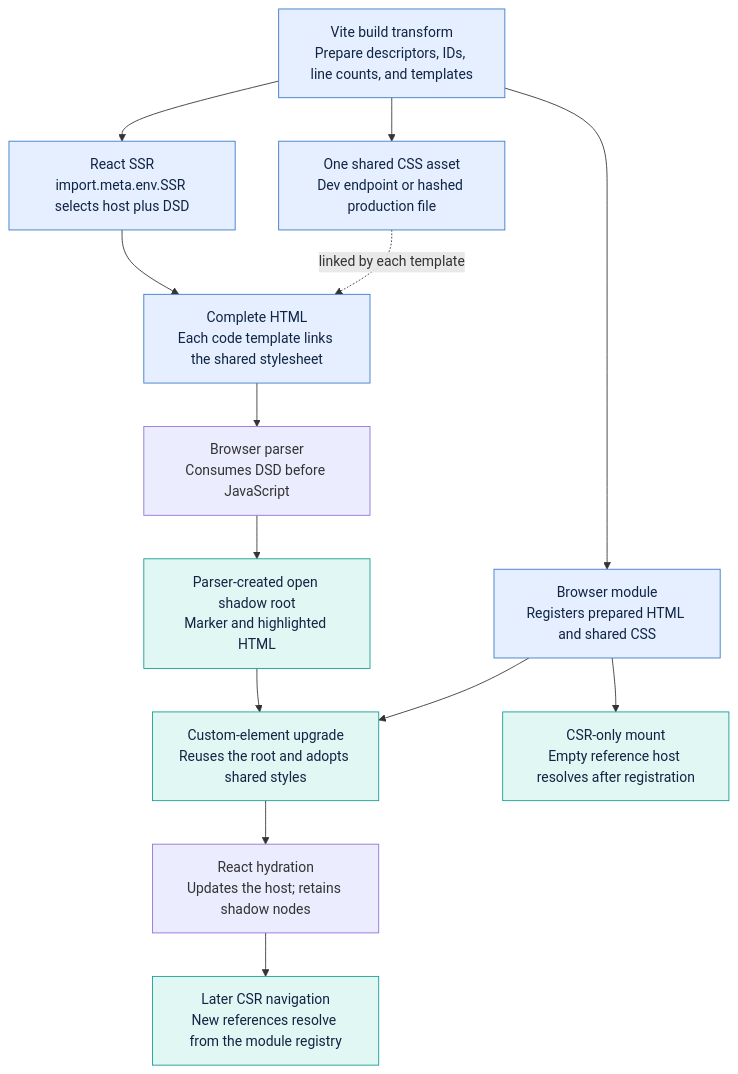
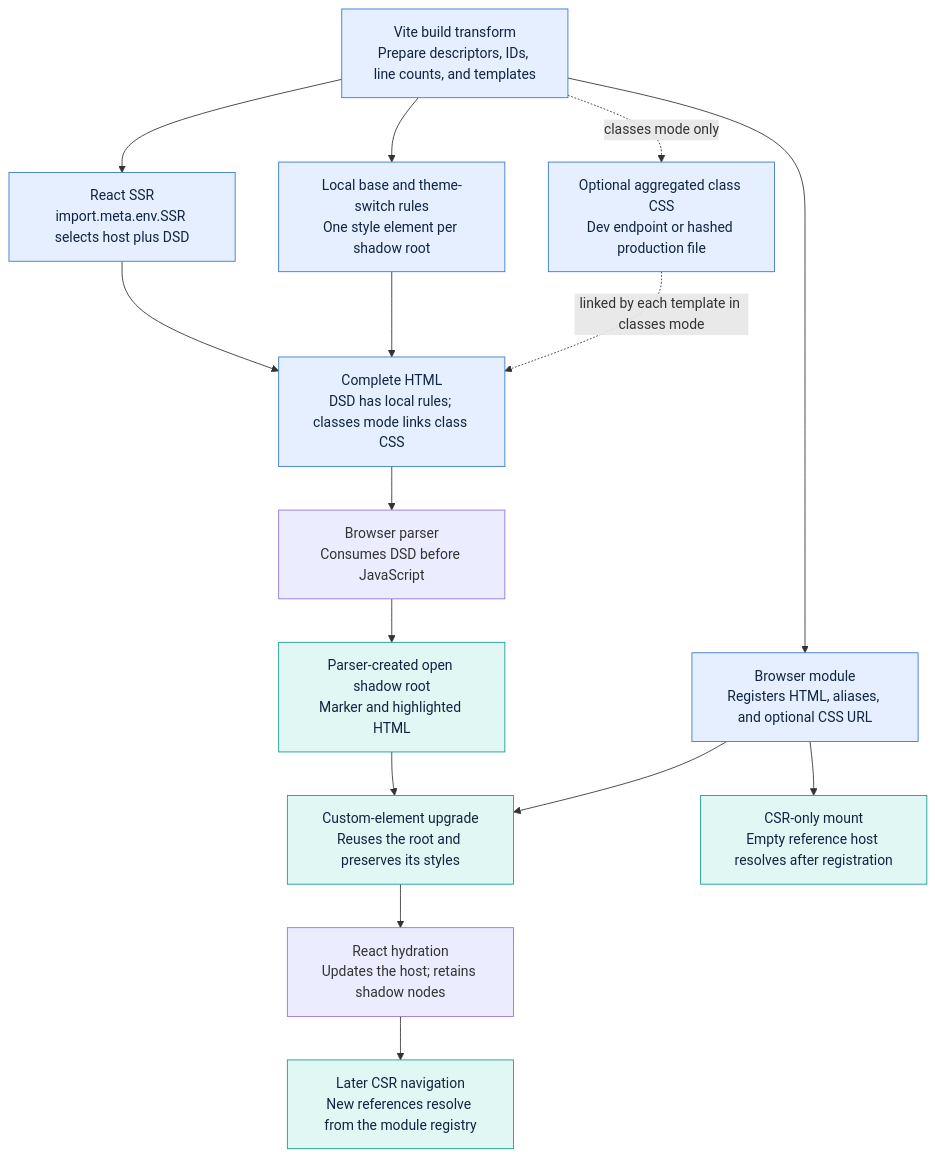
The first of 2 diagrams in docs/shadow-code-elements.md (sebastian-software/ferriki), drawn with Mermaid before and after one commit. The commit also changed other lines of this file and 35 other files, not shown here.

````diff
--- a/docs/shadow-code-elements.md
+++ b/docs/shadow-code-elements.md
@@ -257,25 +268,27 @@
 ```mermaid
 flowchart TD
   B["Vite build transform<br/>Prepare descriptors, IDs, line counts, and templates"]
   SSR["React SSR<br/>import.meta.env.SSR selects host plus DSD"]
-  CSS["One shared CSS asset<br/>Dev endpoint or hashed production file"]
-  HTML["Complete HTML<br/>Each code template links the shared stylesheet"]
+  BASECSS["Local base and theme-switch rules<br/>One style element per shadow root"]
+  CSS["Optional aggregated class CSS<br/>Dev endpoint or hashed production file"]
+  HTML["Complete HTML<br/>DSD has local rules; classes mode links class CSS"]
   PARSER["Browser parser<br/>Consumes DSD before JavaScript"]
   ROOT["Parser-created open shadow root<br/>Marker and highlighted HTML"]
-  CLIENT["Browser module<br/>Registers prepared HTML and shared CSS"]
-  UPGRADE["Custom-element upgrade<br/>Reuses the root and adopts shared styles"]
+  CLIENT["Browser module<br/>Registers HTML, aliases, and optional CSS URL"]
+  UPGRADE["Custom-element upgrade<br/>Reuses the root and preserves its styles"]
   HYDRATE["React hydration<br/>Updates the host; retains shadow nodes"]
   NAV["Later CSR navigation<br/>New references resolve from the module registry"]
   CSR["CSR-only mount<br/>Empty reference host resolves after registration"]
   B --> SSR --> HTML --> PARSER --> ROOT
-  B --> CSS
-  CSS -. "linked by each template" .-> HTML
+  B --> BASECSS --> HTML
+  B -. "classes mode only" .-> CSS
+  CSS -. "linked by each template in classes mode" .-> HTML
   B --> CLIENT
   ROOT --> UPGRADE
   CLIENT --> UPGRADE --> HYDRATE --> NAV
   CLIENT --> CSR
   classDef prepared fill:#e5efff,stroke:#3978c8,color:#102444
   classDef shadow fill:#e1f7f3,stroke:#129d91,color:#102444
-  class B,SSR,CSS,HTML,CLIENT prepared
+  class B,SSR,BASECSS,CSS,HTML,CLIENT prepared
   class ROOT,UPGRADE,NAV,CSR shadow
 ```
````
